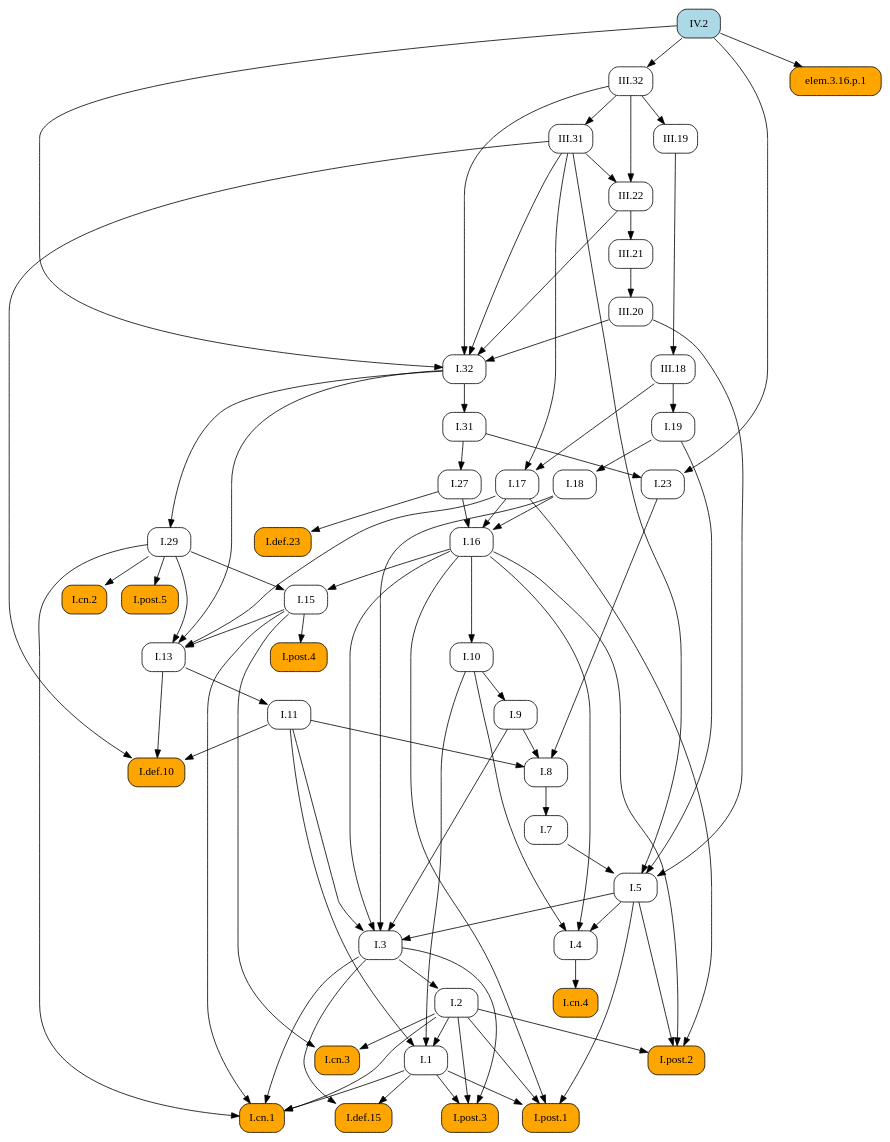
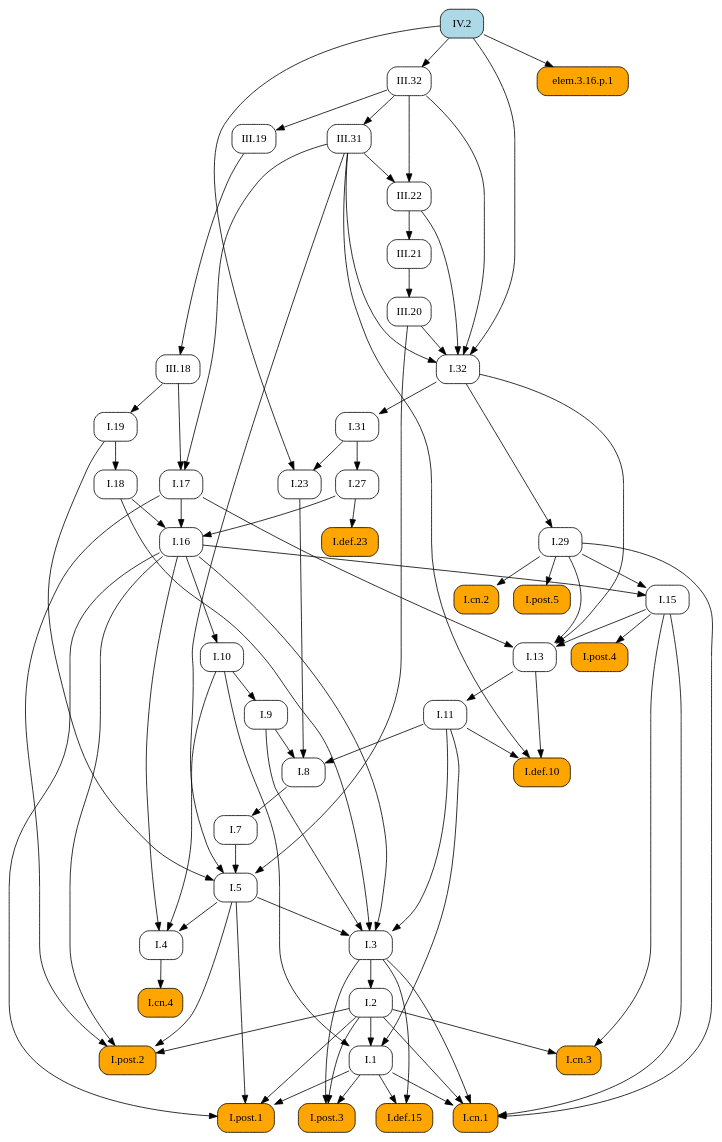
The diagram in docsrc/heath/IV/2/index.rst (geometor/elements), drawn with Graphviz before and after one commit. The commit also changed other lines of this file and 1029 other files, not shown here.

```diff
--- a/docsrc/heath/IV/2/index.rst
+++ b/docsrc/heath/IV/2/index.rst
@@ -45,129 +45,129 @@
    digraph {
      rankdir="TB";
      node [shape=box, style=rounded];
+     "I.def.10" [style="rounded,filled", fillcolor=orange, URL="/heath/I/def.10/", target="_top"];
+     "I.11" [URL="/heath/I/11/", target="_top"];
+     "I.post.4" [style="rounded,filled", fillcolor=orange, URL="/heath/I/post.4/", target="_top"];
+     "I.1" [URL="/heath/I/1/", target="_top"];
+     "III.32" [URL="/heath/III/32/", target="_top"];
+     "I.29" [URL="/heath/I/29/", target="_top"];
+     "III.20" [URL="/heath/III/20/", target="_top"];
+     "IV.2" [style="rounded,filled", fillcolor=lightblue, URL="/heath/IV/2/", target="_top"];
+     "I.cn.2" [style="rounded,filled", fillcolor=orange, URL="/heath/I/cn.2/", target="_top"];
+     "III.19" [URL="/heath/III/19/", target="_top"];
+     "III.31" [URL="/heath/III/31/", target="_top"];
+     "I.18" [URL="/heath/I/18/", target="_top"];
+     "I.def.15" [style="rounded,filled", fillcolor=orange, URL="/heath/I/def.15/", target="_top"];
+     "I.post.3" [style="rounded,filled", fillcolor=orange, URL="/heath/I/post.3/", target="_top"];
+     "I.cn.1" [style="rounded,filled", fillcolor=orange, URL="/heath/I/cn.1/", target="_top"];
      "I.cn.3" [style="rounded,filled", fillcolor=orange, URL="/heath/I/cn.3/", target="_top"];
+     "I.23" [URL="/heath/I/23/", target="_top"];
+     "elem.3.16.p.1" [style="rounded,filled", fillcolor=orange];
+     "I.post.1" [style="rounded,filled", fillcolor=orange, URL="/heath/I/post.1/", target="_top"];
+     "I.27" [URL="/heath/I/27/", target="_top"];
+     "I.7" [URL="/heath/I/7/", target="_top"];
+     "I.3" [URL="/heath/I/3/", target="_top"];
+     "I.2" [URL="/heath/I/2/", target="_top"];
+     "I.def.23" [style="rounded,filled", fillcolor=orange, URL="/heath/I/def.23/", target="_top"];
+     "I.4" [URL="/heath/I/4/", target="_top"];
+     "I.13" [URL="/heath/I/13/", target="_top"];
+     "I.17" [URL="/heath/I/17/", target="_top"];
+     "I.31" [URL="/heath/I/31/", target="_top"];
+     "I.post.2" [style="rounded,filled", fillcolor=orange, URL="/heath/I/post.2/", target="_top"];
+     "I.16" [URL="/heath/I/16/", target="_top"];
+     "I.19" [URL="/heath/I/19/", target="_top"];
+     "I.9" [URL="/heath/I/9/", target="_top"];
+     "I.8" [URL="/heath/I/8/", target="_top"];
+     "I.32" [URL="/heath/I/32/", target="_top"];
+     "I.cn.4" [style="rounded,filled", fillcolor=orange, URL="/heath/I/cn.4/", target="_top"];
+     "I.15" [URL="/heath/I/15/", target="_top"];
+     "III.21" [URL="/heath/III/21/", target="_top"];
      "III.22" [URL="/heath/III/22/", target="_top"];
-     "I.29" [URL="/heath/I/29/", target="_top"];
-     "I.7" [URL="/heath/I/7/", target="_top"];
-     "I.27" [URL="/heath/I/27/", target="_top"];
-     "I.def.23" [style="rounded,filled", fillcolor=orange, URL="/heath/I/def.23/", target="_top"];
-     "I.8" [URL="/heath/I/8/", target="_top"];
-     "I.9" [URL="/heath/I/9/", target="_top"];
-     "I.post.4" [style="rounded,filled", fillcolor=orange, URL="/heath/I/post.4/", target="_top"];
-     "III.20" [URL="/heath/III/20/", target="_top"];
-     "I.2" [URL="/heath/I/2/", target="_top"];
-     "I.def.15" [style="rounded,filled", fillcolor=orange, URL="/heath/I/def.15/", target="_top"];
-     "I.1" [URL="/heath/I/1/", target="_top"];
-     "I.post.1" [style="rounded,filled", fillcolor=orange, URL="/heath/I/post.1/", target="_top"];
+     "I.post.5" [style="rounded,filled", fillcolor=orange, URL="/heath/I/post.5/", target="_top"];
+     "I.10" [URL="/heath/I/10/", target="_top"];
      "III.18" [URL="/heath/III/18/", target="_top"];
-     "III.19" [URL="/heath/III/19/", target="_top"];
-     "I.cn.4" [style="rounded,filled", fillcolor=orange, URL="/heath/I/cn.4/", target="_top"];
-     "I.19" [URL="/heath/I/19/", target="_top"];
-     "elem.3.16.p.1" [style="rounded,filled", fillcolor=orange];
-     "III.31" [URL="/heath/III/31/", target="_top"];
-     "I.13" [URL="/heath/I/13/", target="_top"];
-     "I.23" [URL="/heath/I/23/", target="_top"];
-     "I.cn.2" [style="rounded,filled", fillcolor=orange, URL="/heath/I/cn.2/", target="_top"];
      "I.5" [URL="/heath/I/5/", target="_top"];
-     "III.21" [URL="/heath/III/21/", target="_top"];
-     "I.11" [URL="/heath/I/11/", target="_top"];
-     "I.10" [URL="/heath/I/10/", target="_top"];
-     "I.4" [URL="/heath/I/4/", target="_top"];
-     "I.3" [URL="/heath/I/3/", target="_top"];
-     "I.16" [URL="/heath/I/16/", target="_top"];
-     "I.31" [URL="/heath/I/31/", target="_top"];
-     "I.def.10" [style="rounded,filled", fillcolor=orange, URL="/heath/I/def.10/", target="_top"];
-     "IV.2" [style="rounded,filled", fillcolor=lightblue, URL="/heath/IV/2/", target="_top"];
-     "III.32" [URL="/heath/III/32/", target="_top"];
-     "I.post.2" [style="rounded,filled", fillcolor=orange, URL="/heath/I/post.2/", target="_top"];
-     "I.post.3" [style="rounded,filled", fillcolor=orange, URL="/heath/I/post.3/", target="_top"];
-     "I.post.5" [style="rounded,filled", fillcolor=orange, URL="/heath/I/post.5/", target="_top"];
-     "I.15" [URL="/heath/I/15/", target="_top"];
-     "I.17" [URL="/heath/I/17/", target="_top"];
-     "I.cn.1" [style="rounded,filled", fillcolor=orange, URL="/heath/I/cn.1/", target="_top"];
-     "I.32" [URL="/heath/I/32/", target="_top"];
-     "I.18" [URL="/heath/I/18/", target="_top"];
-     "I.2" -> "I.cn.3";
-     "I.15" -> "I.cn.3";
-     "III.31" -> "III.22";
-     "III.32" -> "III.22";
-     "I.32" -> "I.29";
-     "I.8" -> "I.7";
-     "I.31" -> "I.27";
-     "I.27" -> "I.def.23";
-     "I.9" -> "I.8";
-     "I.11" -> "I.8";
-     "I.23" -> "I.8";
-     "I.10" -> "I.9";
+     "I.11" -> "I.def.10";
+     "I.13" -> "I.def.10";
+     "III.31" -> "I.def.10";
+     "I.13" -> "I.11";
      "I.15" -> "I.post.4";
-     "III.21" -> "III.20";
-     "I.3" -> "I.2";
-     "I.1" -> "I.def.15";
-     "I.3" -> "I.def.15";
      "I.2" -> "I.1";
      "I.10" -> "I.1";
      "I.11" -> "I.1";
+     "IV.2" -> "III.32";
+     "I.32" -> "I.29";
+     "III.21" -> "III.20";
+     "I.29" -> "I.cn.2";
+     "III.32" -> "III.19";
+     "III.32" -> "III.31";
+     "I.19" -> "I.18";
+     "I.1" -> "I.def.15";
+     "I.3" -> "I.def.15";
+     "I.1" -> "I.post.3";
+     "I.2" -> "I.post.3";
+     "I.3" -> "I.post.3";
+     "I.1" -> "I.cn.1";
+     "I.2" -> "I.cn.1";
+     "I.3" -> "I.cn.1";
+     "I.15" -> "I.cn.1";
+     "I.29" -> "I.cn.1";
+     "I.2" -> "I.cn.3";
+     "I.15" -> "I.cn.3";
+     "I.31" -> "I.23";
+     "IV.2" -> "I.23";
+     "IV.2" -> "elem.3.16.p.1";
      "I.1" -> "I.post.1";
      "I.2" -> "I.post.1";
      "I.5" -> "I.post.1";
      "I.16" -> "I.post.1";
-     "III.19" -> "III.18";
-     "III.32" -> "III.19";
-     "I.4" -> "I.cn.4";
-     "III.18" -> "I.19";
-     "IV.2" -> "elem.3.16.p.1";
-     "III.32" -> "III.31";
-     "I.15" -> "I.13";
-     "I.17" -> "I.13";
-     "I.29" -> "I.13";
-     "I.32" -> "I.13";
-     "I.31" -> "I.23";
-     "IV.2" -> "I.23";
-     "I.29" -> "I.cn.2";
-     "I.7" -> "I.5";
-     "I.19" -> "I.5";
-     "III.20" -> "I.5";
-     "III.31" -> "I.5";
-     "III.22" -> "III.21";
-     "I.13" -> "I.11";
-     "I.16" -> "I.10";
-     "I.5" -> "I.4";
-     "I.10" -> "I.4";
-     "I.16" -> "I.4";
+     "I.31" -> "I.27";
+     "I.8" -> "I.7";
      "I.5" -> "I.3";
      "I.9" -> "I.3";
      "I.11" -> "I.3";
      "I.16" -> "I.3";
      "I.18" -> "I.3";
-     "I.17" -> "I.16";
-     "I.18" -> "I.16";
-     "I.27" -> "I.16";
+     "I.3" -> "I.2";
+     "I.27" -> "I.def.23";
+     "I.5" -> "I.4";
+     "I.10" -> "I.4";
+     "I.16" -> "I.4";
+     "I.15" -> "I.13";
+     "I.17" -> "I.13";
+     "I.29" -> "I.13";
+     "I.32" -> "I.13";
+     "III.18" -> "I.17";
+     "III.31" -> "I.17";
      "I.32" -> "I.31";
-     "I.11" -> "I.def.10";
-     "I.13" -> "I.def.10";
-     "III.31" -> "I.def.10";
-     "IV.2" -> "III.32";
      "I.2" -> "I.post.2";
      "I.5" -> "I.post.2";
      "I.16" -> "I.post.2";
      "I.17" -> "I.post.2";
-     "I.1" -> "I.post.3";
-     "I.2" -> "I.post.3";
-     "I.3" -> "I.post.3";
-     "I.29" -> "I.post.5";
-     "I.16" -> "I.15";
-     "I.29" -> "I.15";
-     "III.18" -> "I.17";
-     "III.31" -> "I.17";
-     "I.1" -> "I.cn.1";
-     "I.2" -> "I.cn.1";
-     "I.3" -> "I.cn.1";
-     "I.15" -> "I.cn.1";
-     "I.29" -> "I.cn.1";
+     "I.17" -> "I.16";
+     "I.18" -> "I.16";
+     "I.27" -> "I.16";
+     "III.18" -> "I.19";
+     "I.10" -> "I.9";
+     "I.9" -> "I.8";
+     "I.11" -> "I.8";
+     "I.23" -> "I.8";
      "III.20" -> "I.32";
      "III.22" -> "I.32";
      "III.31" -> "I.32";
      "III.32" -> "I.32";
      "IV.2" -> "I.32";
-     "I.19" -> "I.18";
+     "I.4" -> "I.cn.4";
+     "I.16" -> "I.15";
+     "I.29" -> "I.15";
+     "III.22" -> "III.21";
+     "III.31" -> "III.22";
+     "III.32" -> "III.22";
+     "I.29" -> "I.post.5";
+     "I.16" -> "I.10";
+     "III.19" -> "III.18";
+     "I.7" -> "I.5";
+     "I.19" -> "I.5";
+     "III.20" -> "I.5";
+     "III.31" -> "I.5";
    }
```
